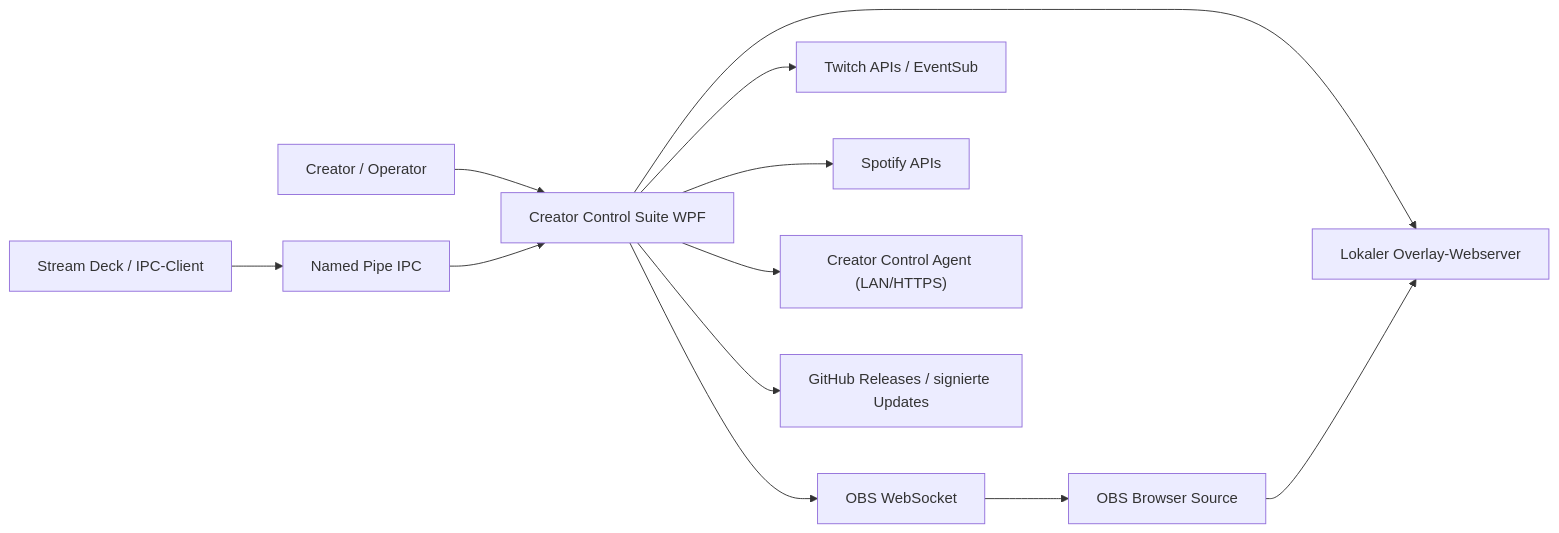
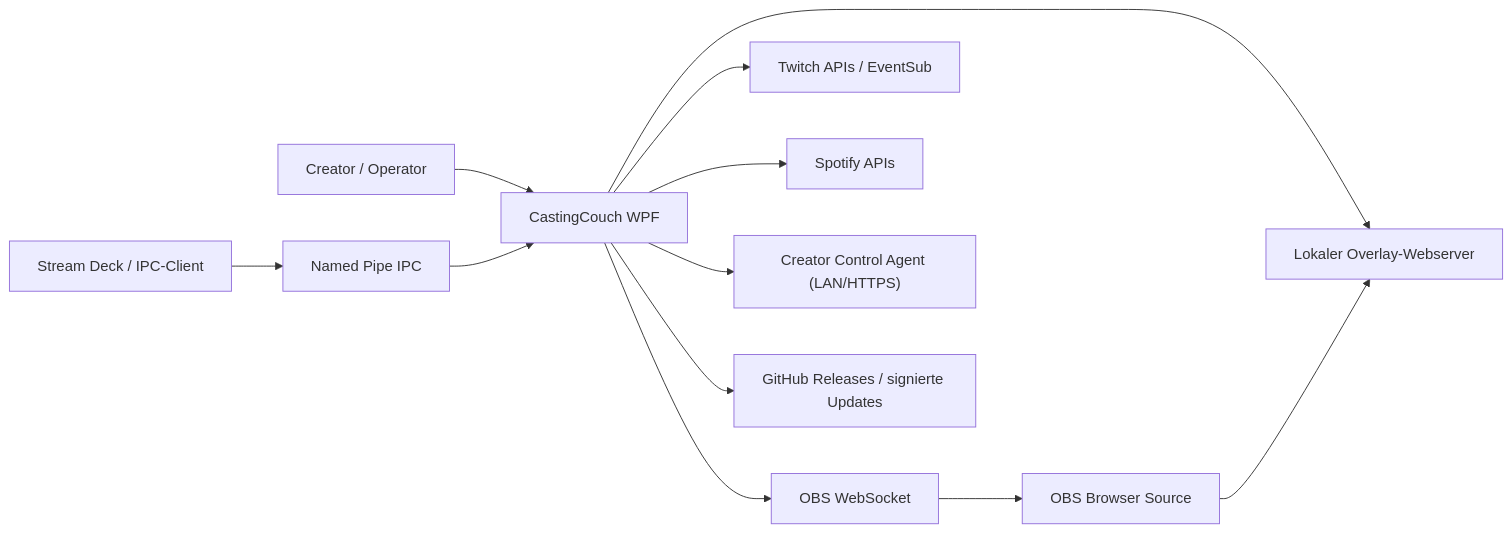
The first of 2 diagrams in docs/architecture/ARCHITECTURE-8.0.md (CastingCouchApp/CastingCouch), drawn with Mermaid before and after one commit. The commit also changed other lines of this file and 108 other files, not shown here.

First line of the commit message:
Rename display branding to CastingCouch and land pending shell/overlay updates.

````diff
--- a/docs/architecture/ARCHITECTURE-8.0.md
+++ b/docs/architecture/ARCHITECTURE-8.0.md
@@ -7,14 +7,14 @@
 ```mermaid
 flowchart LR
-    creator["Creator / Operator"] --> app["Creator Control Suite WPF"]
+    creator["Creator / Operator"] --> app["CastingCouch WPF"]
     app --> obs["OBS WebSocket"]
     app --> twitch["Twitch APIs / EventSub"]
     app --> spotify["Spotify APIs"]
     app --> agent["Creator Control Agent (LAN/HTTPS)"]
     app --> overlay["Lokaler Overlay-Webserver"]
     obs --> browser["OBS Browser Source"]
     browser --> overlay
     app --> github["GitHub Releases / signierte Updates"]
     streamdeck["Stream Deck / IPC-Client"] --> ipc["Named Pipe IPC"]
     ipc --> app
 ```
````
